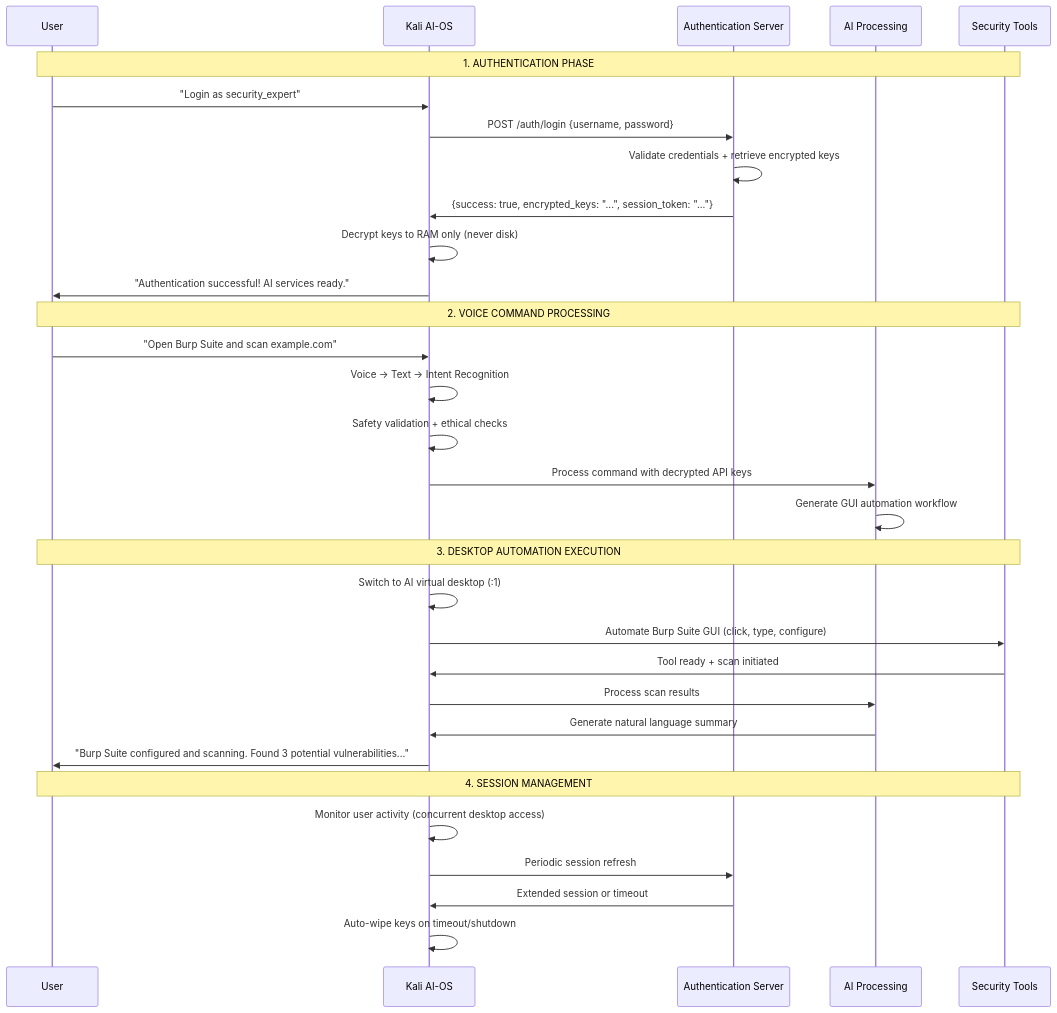
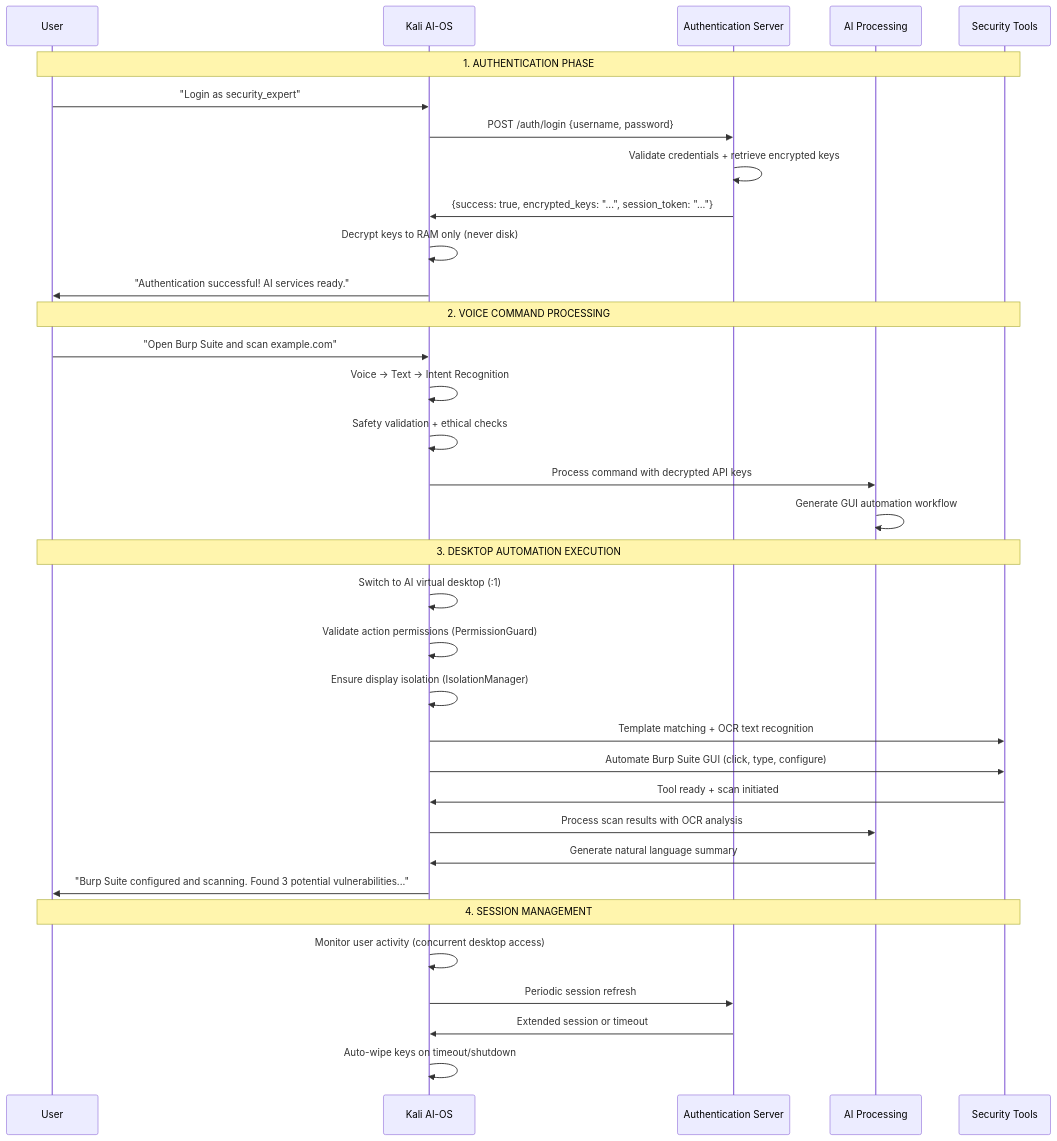
One commit to thearpankumar/Project-BlackIceOS changed the third of 3 diagrams in docs/system_architecture.md. Above: the diagram before and after it, drawn with Mermaid. The commit also changed other lines of this file and 4 other files, not shown here.

````diff
--- a/docs/system_architecture.md
+++ b/docs/system_architecture.md
@@ -341,41 +351,44 @@
 ```mermaid
 sequenceDiagram
     participant User
     participant KaliOS as Kali AI-OS
     participant AuthServer as Authentication Server
     participant AIEngine as AI Processing
     participant SecurityTools as Security Tools
 
     Note over User,SecurityTools: 1. AUTHENTICATION PHASE
 
     User->>KaliOS: "Login as security_expert"
     KaliOS->>AuthServer: POST /auth/login {username, password}
     AuthServer->>AuthServer: Validate credentials + retrieve encrypted keys
     AuthServer->>KaliOS: {success: true, encrypted_keys: "...", session_token: "..."}
     KaliOS->>KaliOS: Decrypt keys to RAM only (never disk)
     KaliOS->>User: "Authentication successful! AI services ready."
 
     Note over User,SecurityTools: 2. VOICE COMMAND PROCESSING
 
     User->>KaliOS: "Open Burp Suite and scan example.com"
     KaliOS->>KaliOS: Voice → Text → Intent Recognition
     KaliOS->>KaliOS: Safety validation + ethical checks
     KaliOS->>AIEngine: Process command with decrypted API keys
     AIEngine->>AIEngine: Generate GUI automation workflow
 
     Note over User,SecurityTools: 3. DESKTOP AUTOMATION EXECUTION
 
     KaliOS->>KaliOS: Switch to AI virtual desktop (:1)
+    KaliOS->>KaliOS: Validate action permissions (PermissionGuard)
+    KaliOS->>KaliOS: Ensure display isolation (IsolationManager)
+    KaliOS->>SecurityTools: Template matching + OCR text recognition
     KaliOS->>SecurityTools: Automate Burp Suite GUI (click, type, configure)
     SecurityTools->>KaliOS: Tool ready + scan initiated
-    KaliOS->>AIEngine: Process scan results
+    KaliOS->>AIEngine: Process scan results with OCR analysis
     AIEngine->>KaliOS: Generate natural language summary
     KaliOS->>User: "Burp Suite configured and scanning. Found 3 potential vulnerabilities..."
 
     Note over User,SecurityTools: 4. SESSION MANAGEMENT
 
     KaliOS->>KaliOS: Monitor user activity (concurrent desktop access)
     KaliOS->>AuthServer: Periodic session refresh
     AuthServer->>KaliOS: Extended session or timeout
     KaliOS->>KaliOS: Auto-wipe keys on timeout/shutdown
 ```
````
